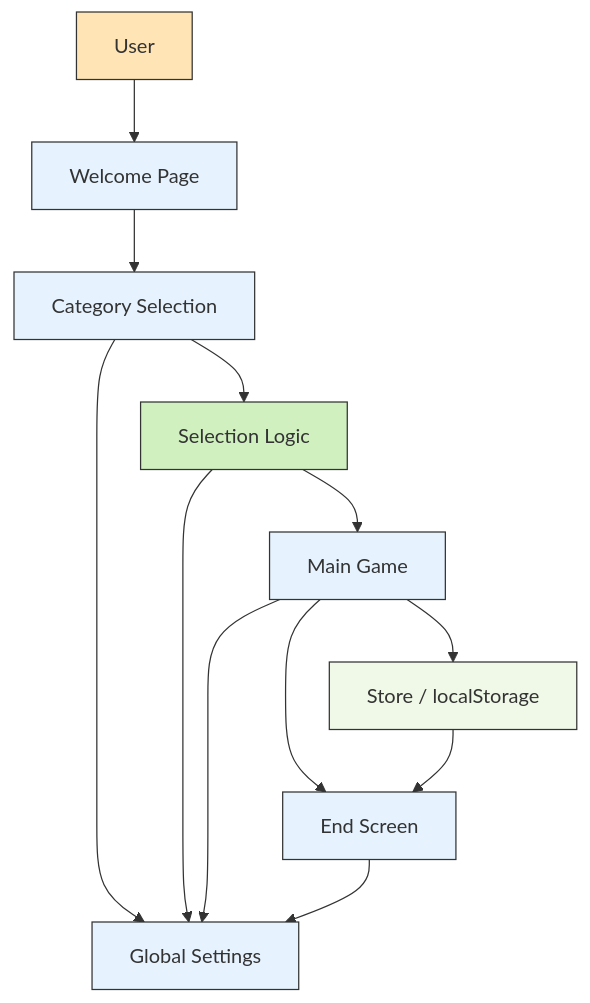
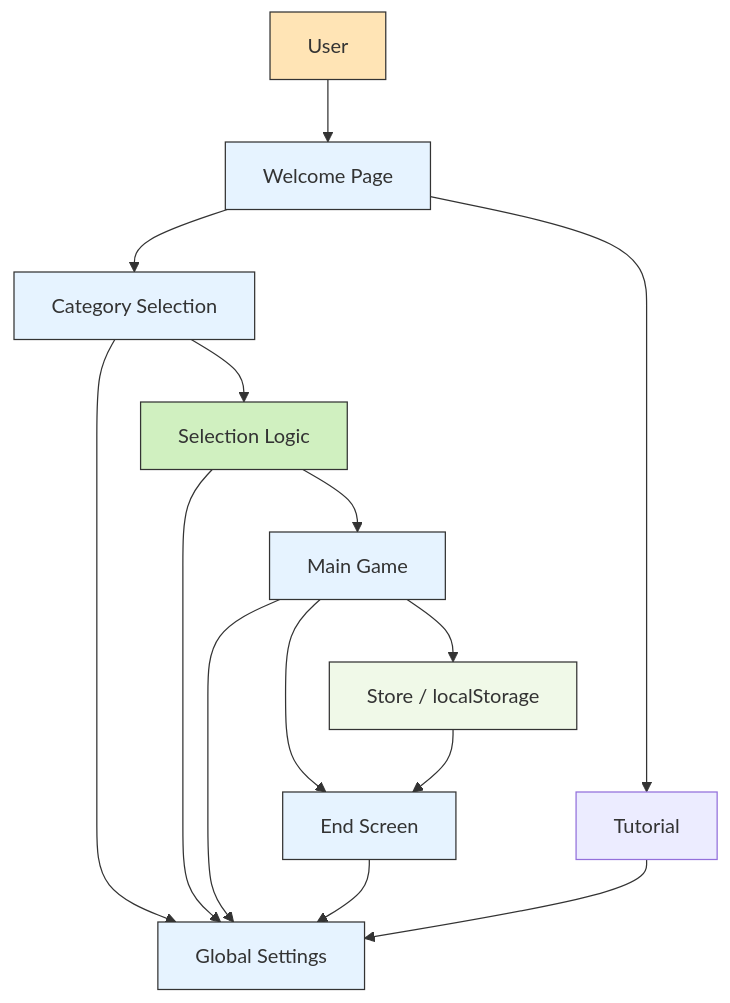
The diagram in team08/README.md (uu-semp/swedish-learning-app-2025), drawn with Mermaid before and after one commit.

Commit message:
updating readme file

````diff
--- a/team08/README.md
+++ b/team08/README.md
@@ -42,23 +42,25 @@
 ```mermaid
 graph TD
     A[User] --> B[Welcome Page]
+    B --> I[Tutorial] 
     B --> C[Category Selection]
     C --> D[Selection Logic]
     D --> E[Main Game]
     E --> F[Store / localStorage]
     E --> G[End Screen]
     C --> H[Global Settings]
     D --> H
     E --> H
     G --> H
+    I --> H
     F --> G
 
     style A fill:#ffe4b5,stroke:#333
     style B fill:#e6f3ff,stroke:#333
     style C fill:#e6f3ff,stroke:#333
     style E fill:#e6f3ff,stroke:#333
     style G fill:#e6f3ff,stroke:#333
     style H fill:#e6f3ff,stroke:#333
     style D fill:#d0f0c0,stroke:#333
     style F fill:#f0f9e8,stroke:#333
 ```
````
